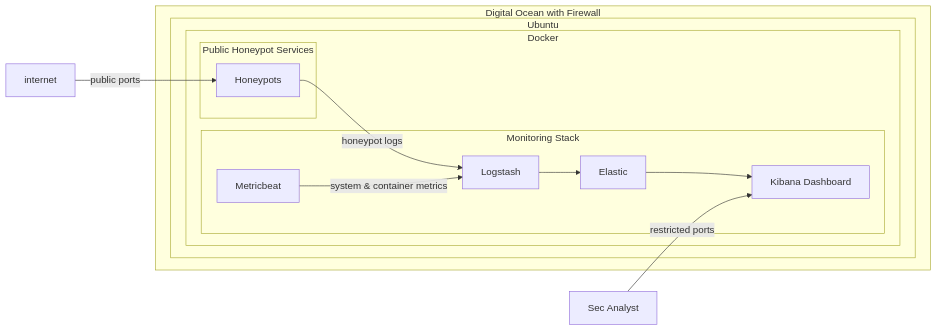
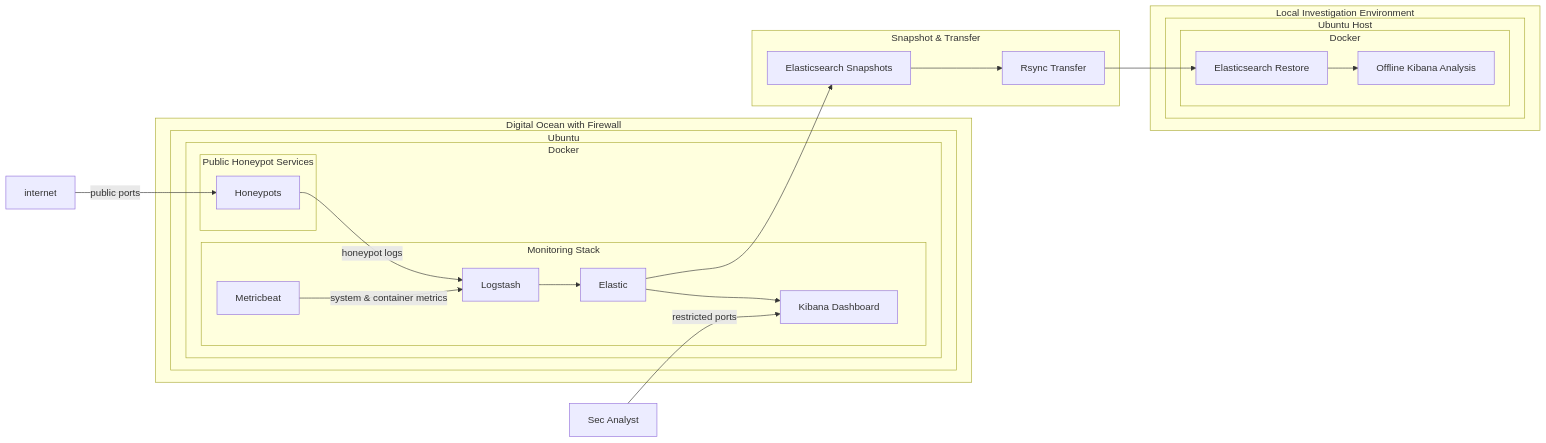
Before and after one commit to damixen/honeypot-elk-siem-lab: the diagram in README.md, drawn with Mermaid. The commit also changed other lines of this file and 3 other files, not shown here.

````diff
--- a/README.md
+++ b/README.md
@@ -49,33 +21,45 @@
 ```mermaid  
 flowchart LR
     subgraph internal-service["Monitoring Stack"]
         logstash["Logstash"]
         elastic["Elastic"]
         kibana["Kibana Dashboard"]
         metricbeat["Metricbeat"]
     end
     subgraph external-service["Public Honeypot Services"]
         hpots["Honeypots"]
     end
     subgraph docker["Docker"]
         internal-service
         external-service
-       
     end
     subgraph ubuntu["Ubuntu"]
         docker
     end
-
-
     subgraph Cloud["Digital Ocean with Firewall"]
         ubuntu
     end
-
+     subgraph backup["Snapshot & Transfer"]
+        snapshot["Elasticsearch Snapshots"]
+        rsync["Rsync Transfer"]
+        snapshot --> rsync
+    end
+    subgraph local["Local Investigation Environment"]
+        subgraph ubuntu2["Ubuntu Host"]
+            subgraph docker2["Docker"]
+                elastic_local["Elasticsearch Restore"]
+                kibana_local["Offline Kibana Analysis"]
+                elastic_local --> kibana_local
+            end
+        end
+    end
 
     internet -->|public ports| hpots
     hpots -->|honeypot logs| logstash
     metricbeat -->|system & container metrics| logstash
     logstash --> elastic
     elastic --> kibana
     analyst["Sec Analyst"] --> |restricted ports|kibana
+    elastic --> snapshot
+    rsync --> elastic_local
 ```
````
